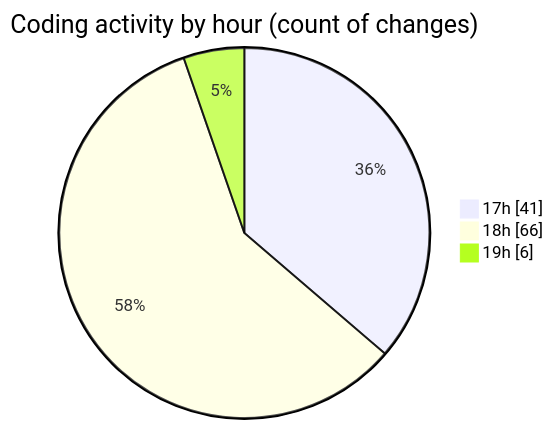
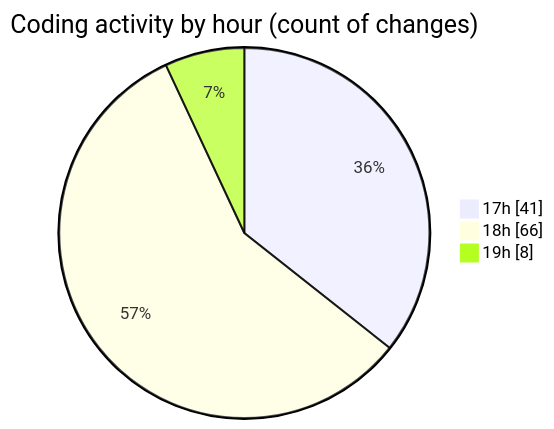
One commit to momahboobian/code-tracking changed the second of 2 diagrams in 2025-03-20/cda/README.md. Above: the diagram before and after it, drawn with Mermaid. The commit also changed other lines of this file and 1 other file, not shown here.

````diff
--- a/2025-03-20/cda/README.md
+++ b/2025-03-20/cda/README.md
@@ -35,7 +35,7 @@
 ```mermaid
 pie showData
 title Coding activity by hour (count of changes)
 "17h" : 41
 "18h" : 66
-"19h" : 6
+"19h" : 8
 ```
````
